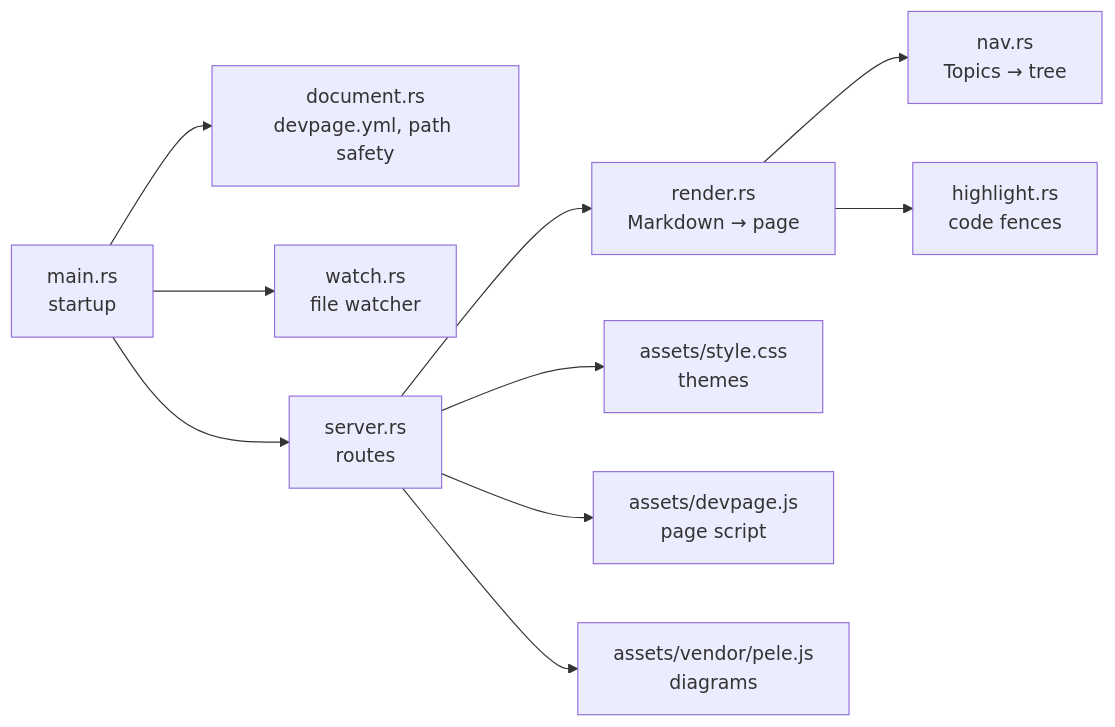
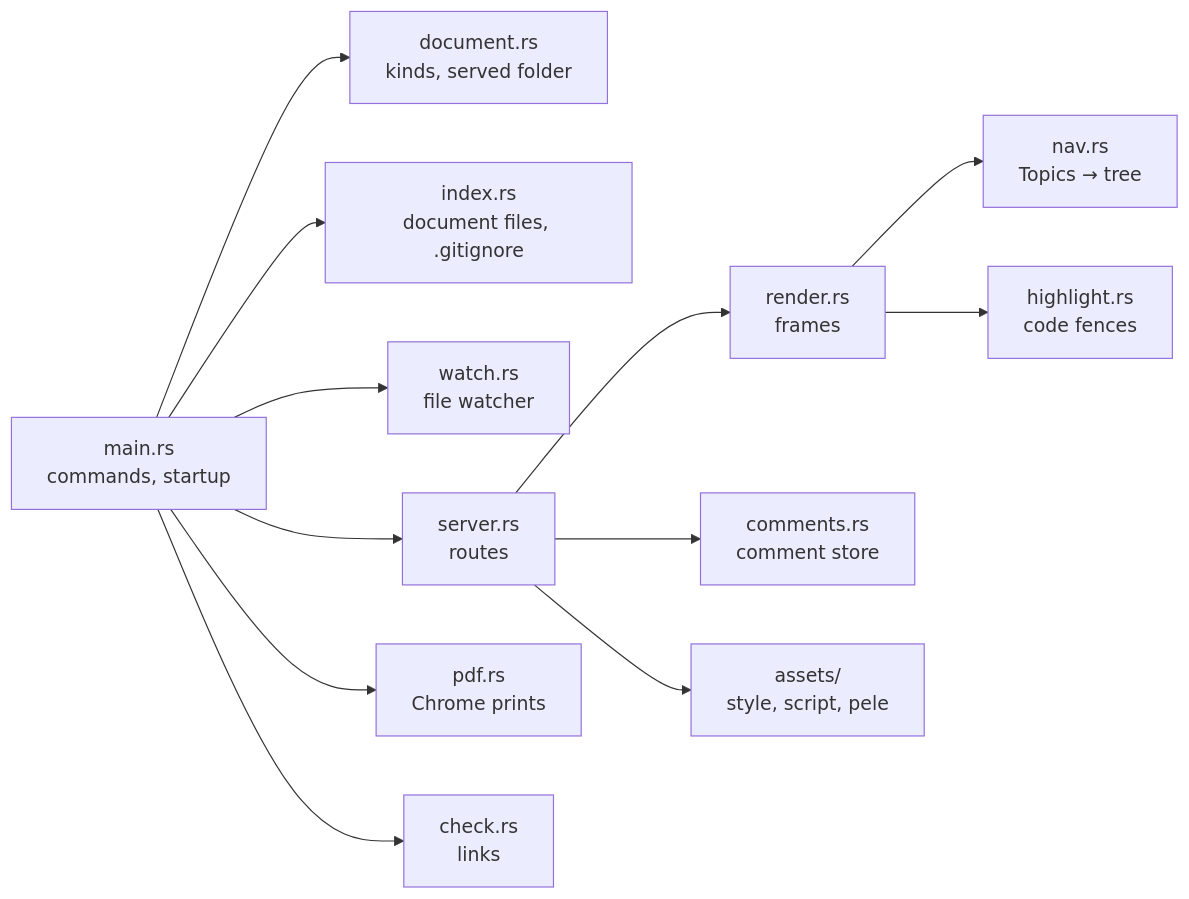
One commit to andrei512/devpage changed the first of 2 diagrams in docs/boxes/engineering/developing-devpage/README.md. Above: the diagram before and after it, drawn with Mermaid. The commit also changed other lines of this file and 9 other files, not shown here.

````diff
--- a/docs/boxes/engineering/developing-devpage/README.md
+++ b/docs/boxes/engineering/developing-devpage/README.md
@@ -87,22 +97,26 @@
 ```mermaid
 flowchart LR
-  main["main.rs<br/>startup"] --> document["document.rs<br/>devpage.yml, path safety"]
+  main["main.rs<br/>commands, startup"] --> document["document.rs<br/>kinds, served folder"]
+  main --> index["index.rs<br/>document files, .gitignore"]
   main --> watch["watch.rs<br/>file watcher"]
   main --> server["server.rs<br/>routes"]
-  server --> render["render.rs<br/>Markdown → page"]
+  main --> pdf["pdf.rs<br/>Chrome prints"]
+  main --> check["check.rs<br/>links"]
+  server --> render["render.rs<br/>frames"]
+  server --> comments["comments.rs<br/>comment store"]
   render --> nav["nav.rs<br/>Topics → tree"]
   render --> highlight["highlight.rs<br/>code fences"]
-  server --> css["assets/style.css<br/>themes"]
-  server --> js["assets/devpage.js<br/>page script"]
-  server --> pele["assets/vendor/pele.js<br/>diagrams"]
+  server --> assets["assets/<br/>style, script, pele"]
   click main href "#how-main-wires-it-together" "How main wires it together"
-  click document href "../../viewer/configuration-reference/README.md" "Configuration reference"
+  click document href "../../viewer/configuration-reference/README.md#document-files" "Document files"
+  click index href "../../viewer/serving-pages/README.md#which-document-a-file-belongs-to" "Which document a file belongs to"
   click watch href "../../viewer/live-updates/README.md#the-watcher" "The watcher"
   click server href "../../viewer/serving-pages/README.md#routes" "Routes"
+  click pdf href "../../viewer/pdf/README.md" "Printing to PDF"
+  click check href "../../viewer/checking-links/README.md" "Checking links"
   click render href "../../viewer/serving-pages/README.md#rendering-a-markdown-file" "Rendering a Markdown file"
+  click comments href "../../viewer/comments/README.md#the-comment-store" "The comment store"
   click nav href "../../viewer/navigation-tree/README.md" "Navigation tree"
   click highlight href "../../viewer/serving-pages/README.md#rendering-a-markdown-file" "Code highlighting"
-  click css href "../../viewer/diagrams-and-themes/README.md#the-themes" "The themes"
-  click js href "../../viewer/live-updates/README.md#the-page-script" "The page script"
-  click pele href "../../viewer/vendored-pele/README.md" "The vendored pele bundle"
+  click assets href "../../viewer/serving-pages/README.md#built-in-assets" "Built-in assets"
 ```
````
